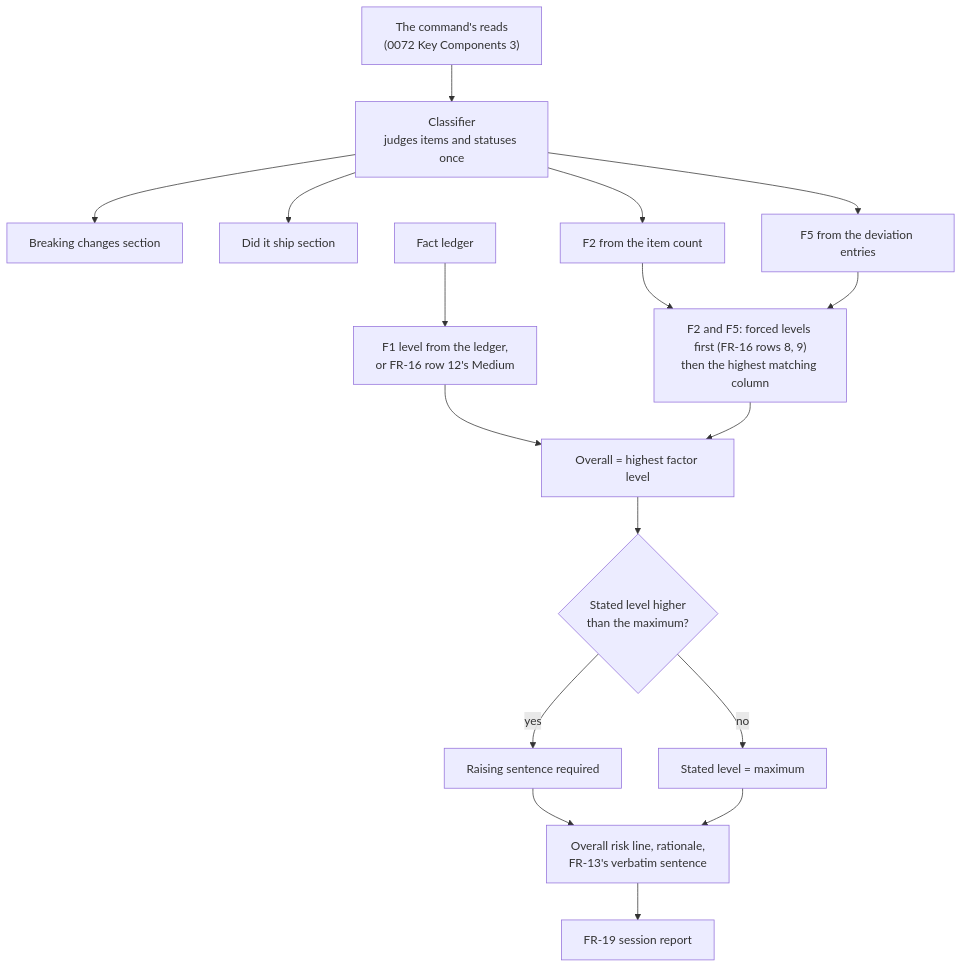
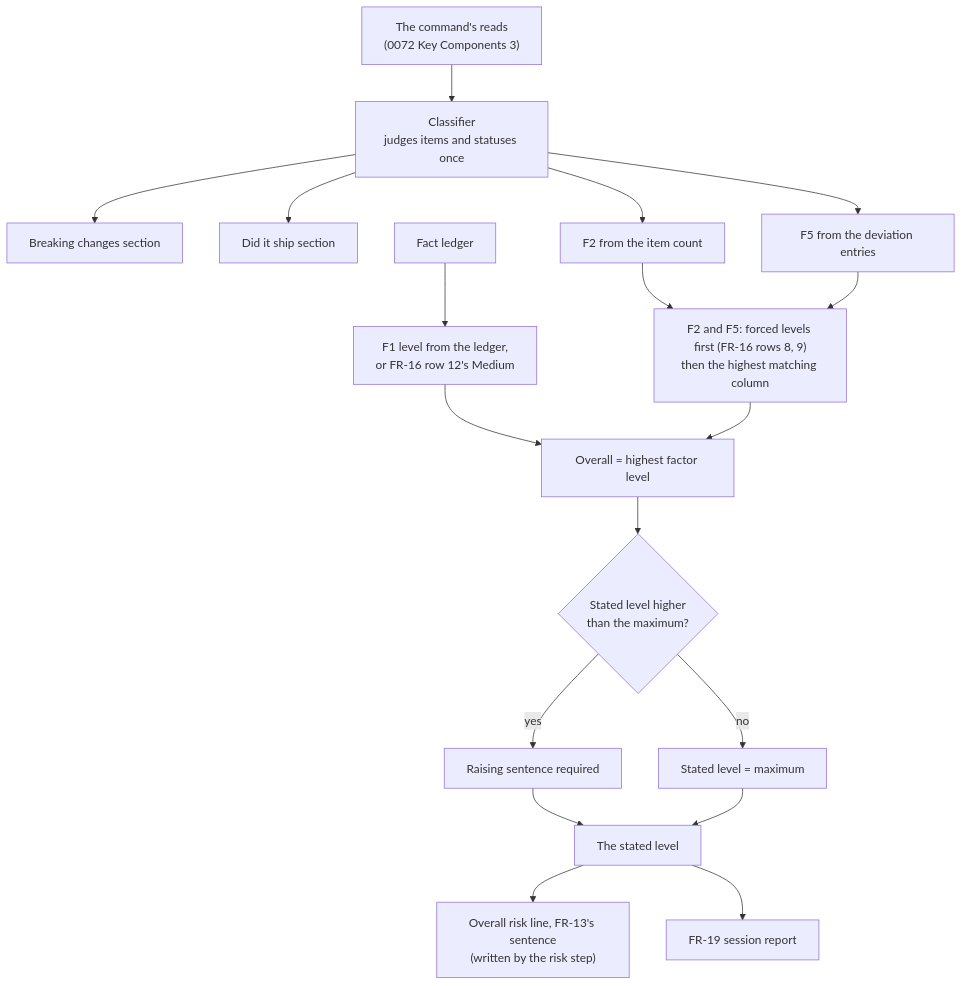
The first of 2 diagrams in docs/adr/0073-show-me-advisory-risk-model.md (BrighterCommand/Brighter), drawn with Mermaid before and after one commit. The commit also changed other lines of this file and 4 other files, not shown here.

````diff
--- a/docs/adr/0073-show-me-advisory-risk-model.md
+++ b/docs/adr/0073-show-me-advisory-risk-model.md
@@ -129,20 +131,21 @@
 ```mermaid
 flowchart TD
     R["The command's reads<br/>(0072 Key Components 3)"] --> CL
     CL["Classifier<br/>judges items and statuses once"] --> S7["Breaking changes section"]
     CL --> S8["Did it ship section"]
     CL --> F2["F2 from the item count"]
     CL --> F5["F5 from the deviation entries"]
     LED["Fact ledger"] --> F1["F1 level from the ledger,<br/>or FR-16 row 12's Medium"]
     F1 --> MX
     F2 --> FO
     F5 --> FO
     FO["F2 and F5: forced levels first (FR-16 rows 8, 9)<br/>then the highest matching column"] --> MX
     MX["Overall = highest factor level"] --> G
     G{"Stated level higher<br/>than the maximum?"}
     G -->|"yes"| H["Raising sentence required"]
     G -->|"no"| I["Stated level = maximum"]
-    H --> OUT["Overall risk line, rationale,<br/>FR-13's verbatim sentence"]
-    I --> OUT
-    OUT --> REP["FR-19 session report"]
+    H --> LV["The stated level"]
+    I --> LV
+    LV --> OUT["Overall risk line, FR-13's sentence<br/>(written by the risk step)"]
+    LV --> REP["FR-19 session report"]
 ```
````
